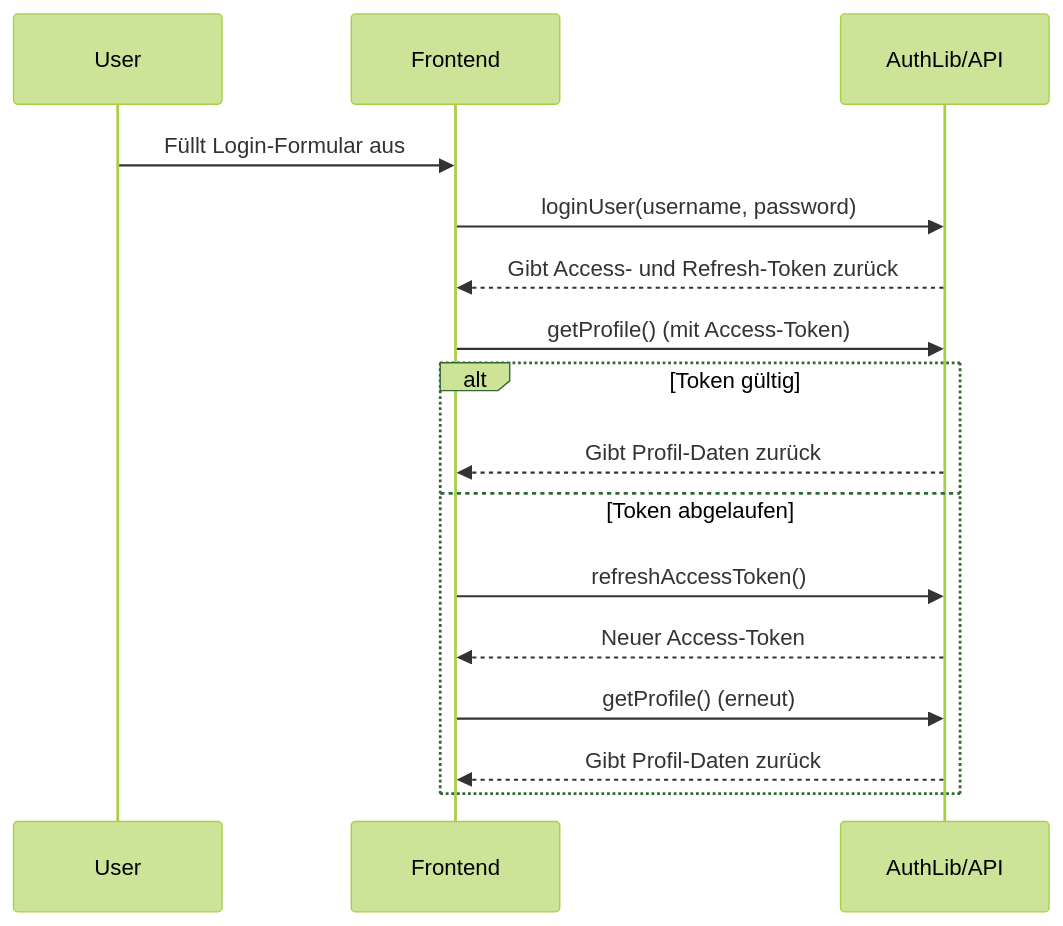
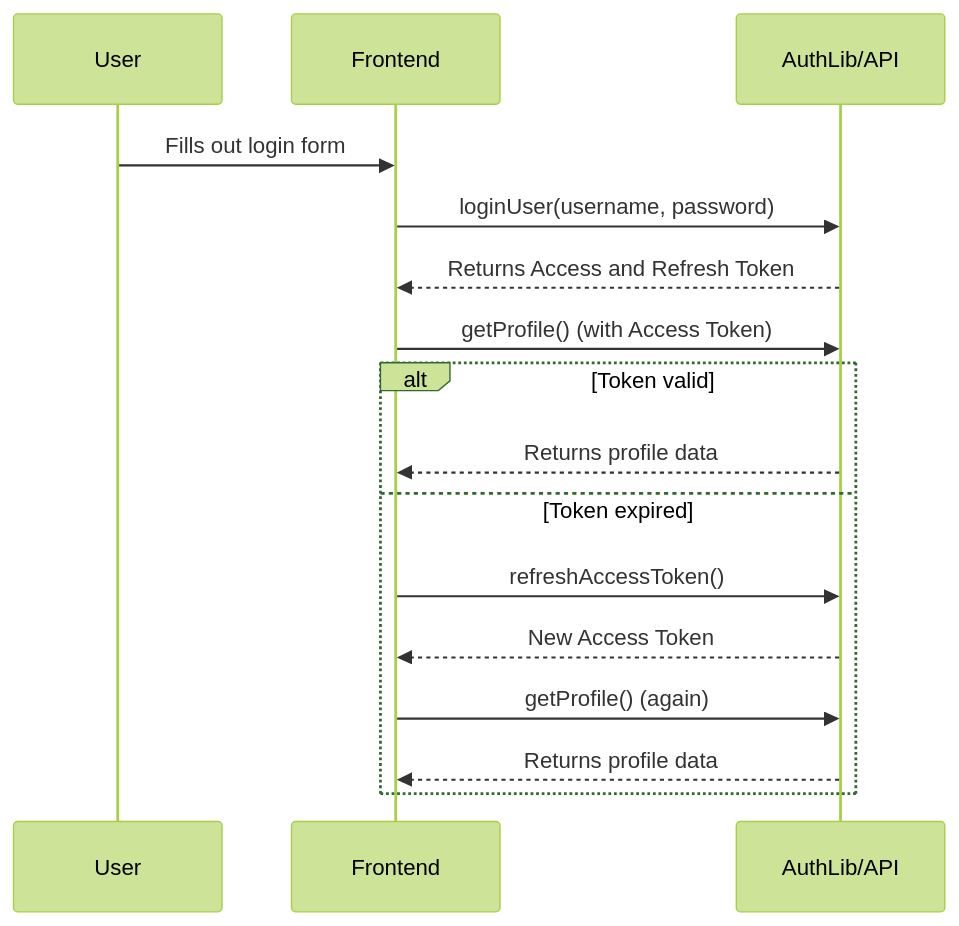
Before and after one commit to henniphilo/ft_transcendence: the second of 4 diagrams in docs/authlib.md, drawn with Mermaid (forest theme). The commit also changed other lines of this file and 4 other files, not shown here.

````diff
--- a/docs/authlib.md
+++ b/docs/authlib.md
@@ -196,18 +196,18 @@
 ```mermaid
 sequenceDiagram
         participant U as User
         participant F as Frontend
         participant API as AuthLib/API
-        U->>F: Füllt Login-Formular aus
+        U->>F: Fills out login form
         F->>API: loginUser(username, password)
-        API-->>F: Gibt Access- und Refresh-Token zurück
-        F->>API: getProfile() (mit Access-Token)
-        alt Token gültig
-                API-->>F: Gibt Profil-Daten zurück
-        else Token abgelaufen
+        API-->>F: Returns Access and Refresh Token
+        F->>API: getProfile() (with Access Token)
+        alt Token valid
+                API-->>F: Returns profile data
+        else Token expired
                 F->>API: refreshAccessToken()
-                API-->>F: Neuer Access-Token
-                F->>API: getProfile() (erneut)
-                API-->>F: Gibt Profil-Daten zurück
+                API-->>F: New Access Token
+                F->>API: getProfile() (again)
+                API-->>F: Returns profile data
         end
 ```
````
